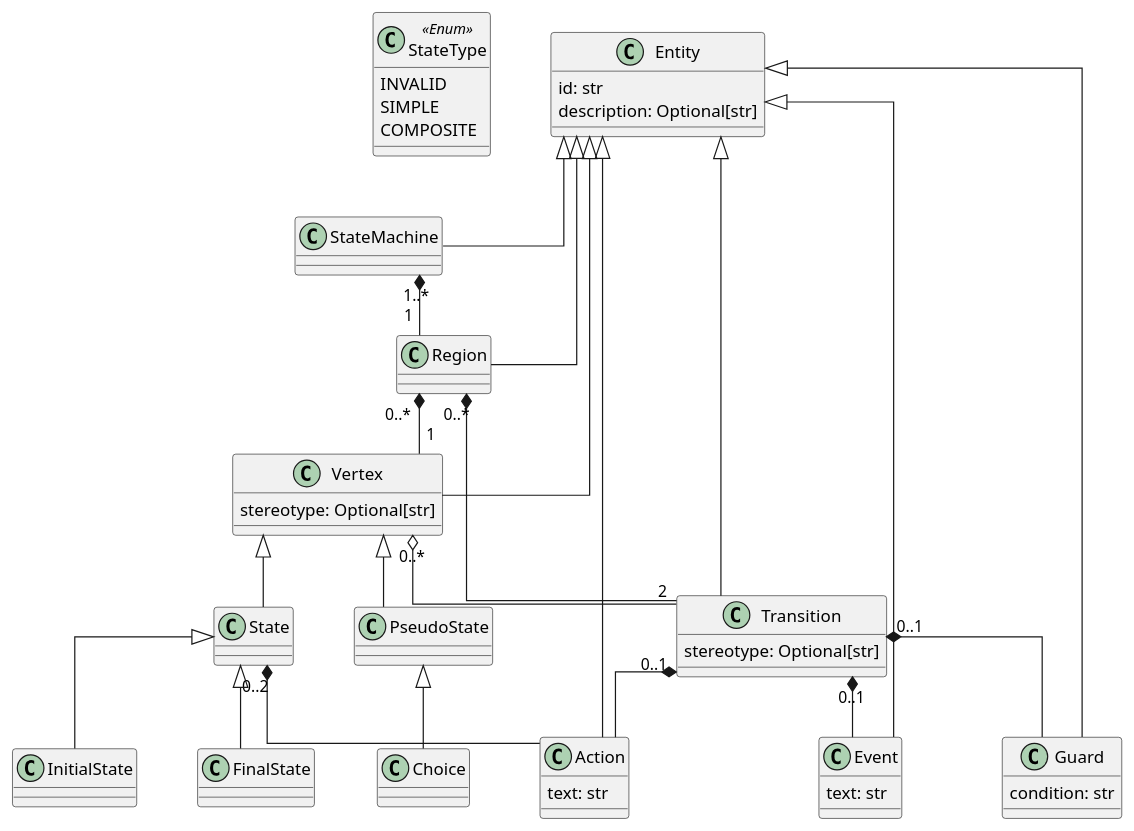
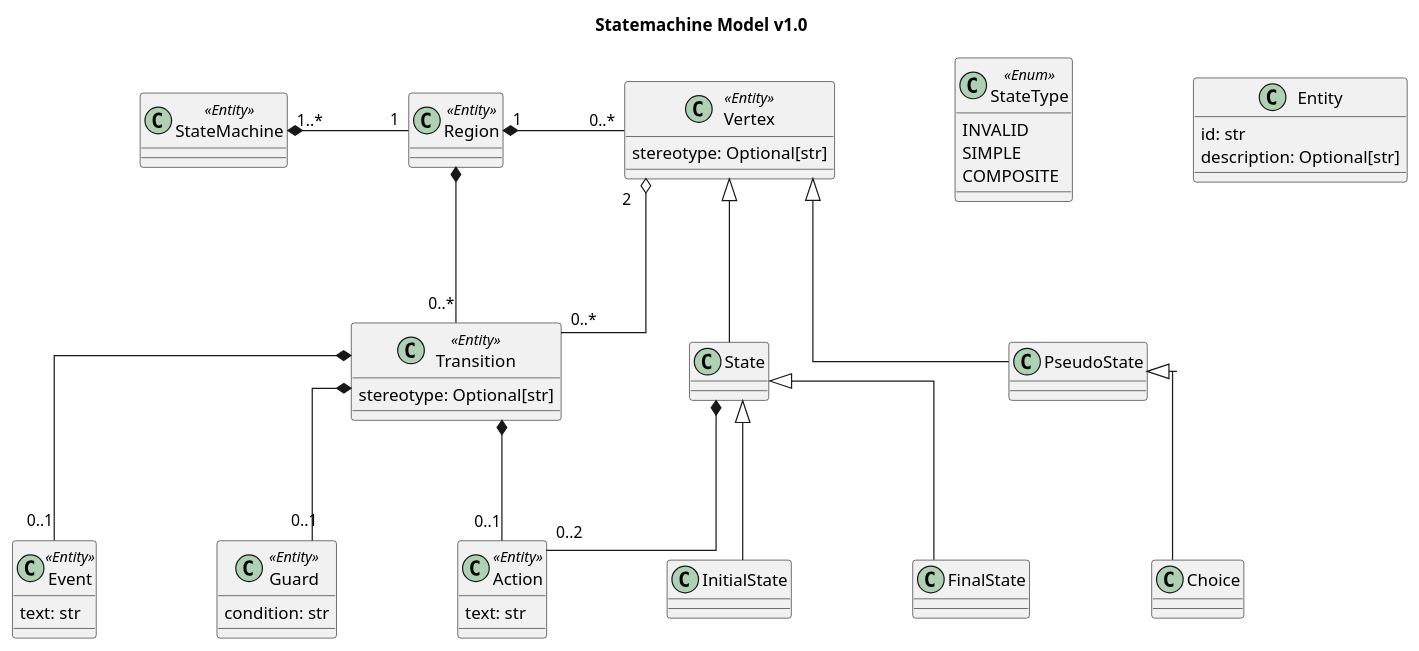
The diagram in examples/fsm_model.puml (grhmdev/gen-statemachine), drawn with PlantUML before and after one commit. The commit also changed 4 other files, not shown here.

```diff
--- a/examples/fsm_model.puml
+++ b/examples/fsm_model.puml
@@ -1,87 +1,75 @@
 @startuml
 
 ' Use orthoganal arrows
 skinparam linetype ortho
 ' Set box spacing in the X plane
-skinparam nodesep 50
+skinparam nodesep 100
 ' Set box spacing in the Y plane
-skinparam ranksep 50
+skinparam ranksep 100
+
+title Statemachine Model v1.0
 
 ' Classes
 class StateType <<Enum>> {
     INVALID
     SIMPLE
     COMPOSITE
 }
 class Entity {
     id: str
     description: Optional[str]
 }
-class StateMachine {
+class StateMachine <<Entity>> {
 
 }
-class Region
-class Vertex {
+class Region <<Entity>>
+class Vertex <<Entity>> {
     stereotype: Optional[str]
 }
 class State {
 
 }
 class InitialState
 class FinalState
 class PseudoState {
 
 }
 class Choice
-class Transition {
+class Transition <<Entity>> {
     stereotype: Optional[str]
 }
-class Event {
+class Event <<Entity>> {
     text: str
 }
-class Guard {
+class Guard <<Entity>> {
     condition: str
 }
-class Action {
+class Action <<Entity>> {
     text: str
 }
 ' StateMachine relations
-Entity <|-- StateMachine
-StateMachine "1..*" *-- "1" Region
+StateMachine "1..*" *-right- "1" Region
 
 ' Region relations
-Entity <|-- Region
-Region "0..*" *-- "1" Vertex
-Region "0..*" *-- Transition
+Region "1" *-right- "0..*" Vertex
+Region *-- "0..*" Transition
 
 ' Vertex relations
-Entity <|-- Vertex
-Vertex "0..*" o-- "2" Transition
+Vertex "2" o-- "0..*" Transition
 
 ' State relations
 Vertex <|-- State
-State "0..2" *-- Action 
-
+State *-- "0..2" Action 
 State <|-- InitialState
 State <|-- FinalState
 
 ' Psuedostate relations
 Vertex <|-- PseudoState
 PseudoState <|-- Choice
 
-' Event relations
-Entity <|-- Event
-
-' Guard relations
-Entity <|-- Guard
-
-' Action relations
-Entity <|-- Action
-
 ' Transition relations
-Entity <|-- Transition
-Transition "0..1" *-- Event
-Transition "0..1" *-- Guard
-Transition "0..1" *-- Action
+Transition *-- "0..1" Event
+Transition *-- "0..1" Guard
+Transition *-- "0..1" Action
 
 @enduml
```
